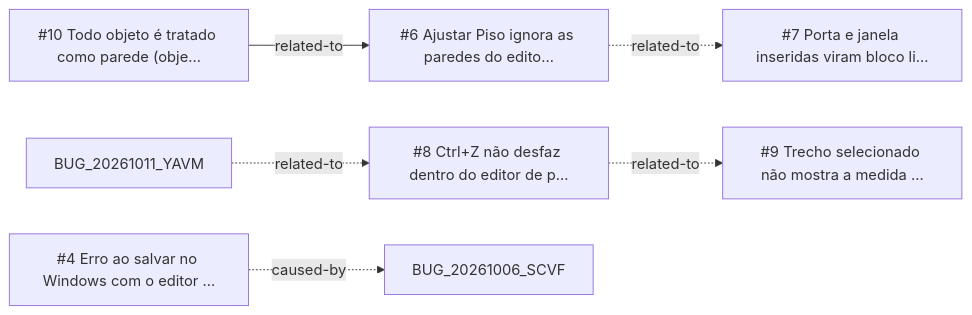
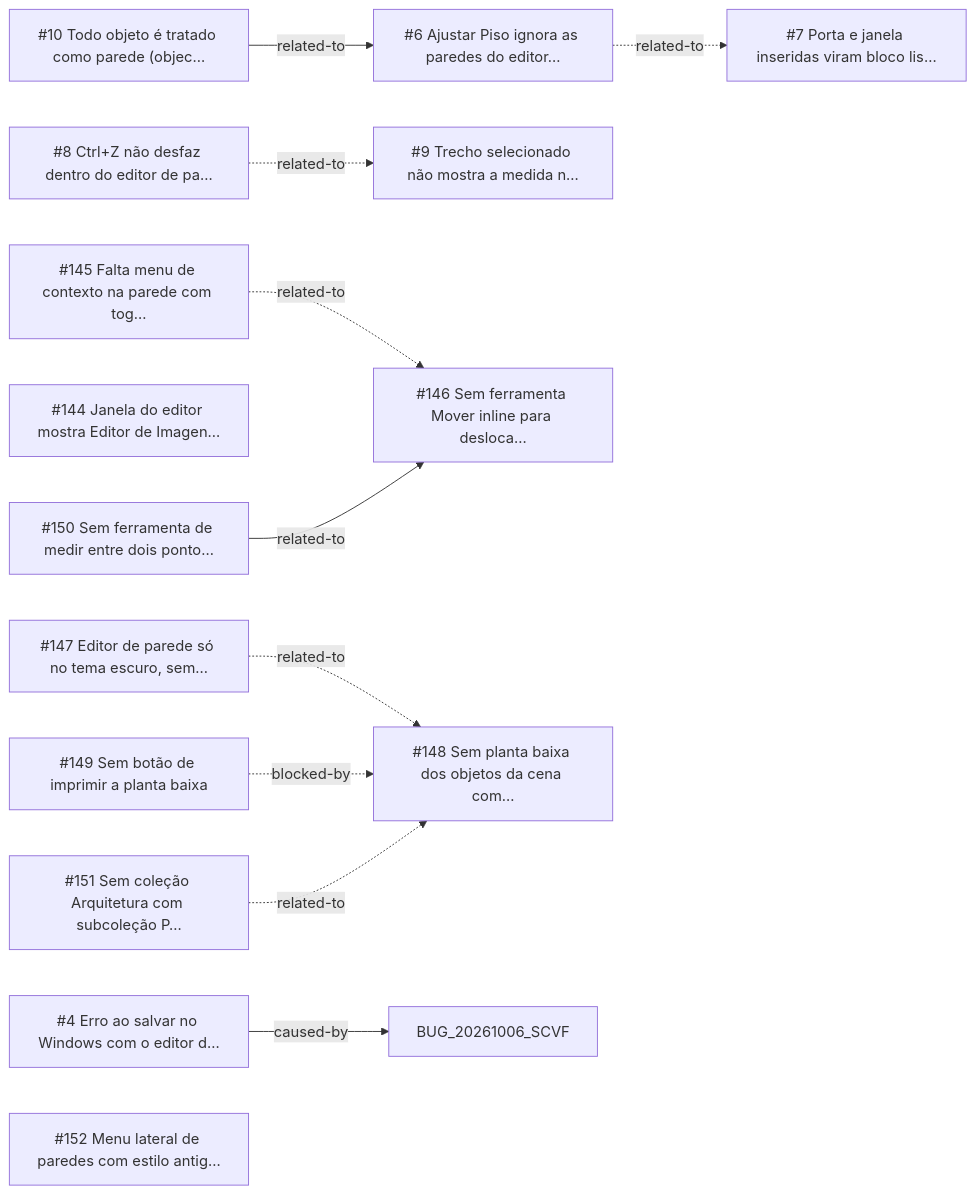
The diagram in _reversa_bugs/editor-de-paredes/generated/graph.md (CAFFDIGITALPLATFORM/caffmob_draw), drawn with Mermaid before and after one commit. The commit also changed other lines of this file and 84 other files, not shown here.

First line of the commit message:
fix(002): menu de contexto, Mover, planta baixa e Medir no editor de paredes

````diff
--- a/_reversa_bugs/editor-de-paredes/generated/graph.md
+++ b/_reversa_bugs/editor-de-paredes/generated/graph.md
@@ -5,14 +5,27 @@
 ```mermaid
 graph LR
-  BUG_20261006_KFAR["#4 Erro ao salvar no Windows com o editor …"]
-  BUG_20261007_A2G7["#6 Ajustar Piso ignora as paredes do edito…"]
-  BUG_20261007_YIMY["#7 Porta e janela inseridas viram bloco li…"]
-  BUG_20261007_ZZUK["#8 Ctrl+Z não desfaz dentro do editor de p…"]
-  BUG_20261007_VQ72["#9 Trecho selecionado não mostra a medida …"]
-  BUG_20261007_TBY3["#10 Todo objeto é tratado como parede (obje…"]
-  BUG_20261006_KFAR -.->|caused-by| BUG_20261006_SCVF
+  BUG_20261006_KFAR["#4 Erro ao salvar no Windows com o editor d…"]
+  BUG_20261007_A2G7["#6 Ajustar Piso ignora as paredes do editor…"]
+  BUG_20261007_YIMY["#7 Porta e janela inseridas viram bloco lis…"]
+  BUG_20261007_ZZUK["#8 Ctrl+Z não desfaz dentro do editor de pa…"]
+  BUG_20261007_VQ72["#9 Trecho selecionado não mostra a medida n…"]
+  BUG_20261007_TBY3["#10 Todo objeto é tratado como parede (objec…"]
+  BUG_20261117_6KBC["#144 Janela do editor mostra Editor de Imagen…"]
+  BUG_20261117_AKYJ["#145 Falta menu de contexto na parede com tog…"]
+  BUG_20261117_EELF["#146 Sem ferramenta Mover inline para desloca…"]
+  BUG_20261117_6OXN["#147 Editor de parede só no tema escuro, sem…"]
+  BUG_20261117_JXDJ["#148 Sem planta baixa dos objetos da cena com…"]
+  BUG_20261117_744U["#149 Sem botão de imprimir a planta baixa"]
+  BUG_20261117_V4I3["#150 Sem ferramenta de medir entre dois ponto…"]
+  BUG_20261117_4MF7["#151 Sem coleção Arquitetura com subcoleção P…"]
+  BUG_20261117_RP9Q["#152 Menu lateral de paredes com estilo antig…"]
+  BUG_20261006_KFAR -->|caused-by| BUG_20261006_SCVF
   BUG_20261007_A2G7 -.->|related-to| BUG_20261007_YIMY
+  BUG_20261007_ZZUK -.->|related-to| BUG_20261007_VQ72
   BUG_20261007_TBY3 -->|related-to| BUG_20261007_A2G7
-  BUG_20261007_ZZUK -.->|related-to| BUG_20261007_VQ72
-  BUG_20261011_YAVM -.->|related-to| BUG_20261007_ZZUK
+  BUG_20261117_AKYJ -.->|related-to| BUG_20261117_EELF
+  BUG_20261117_6OXN -.->|related-to| BUG_20261117_JXDJ
+  BUG_20261117_744U -.->|blocked-by| BUG_20261117_JXDJ
+  BUG_20261117_V4I3 -->|related-to| BUG_20261117_EELF
+  BUG_20261117_4MF7 -.->|related-to| BUG_20261117_JXDJ
 ```
````
